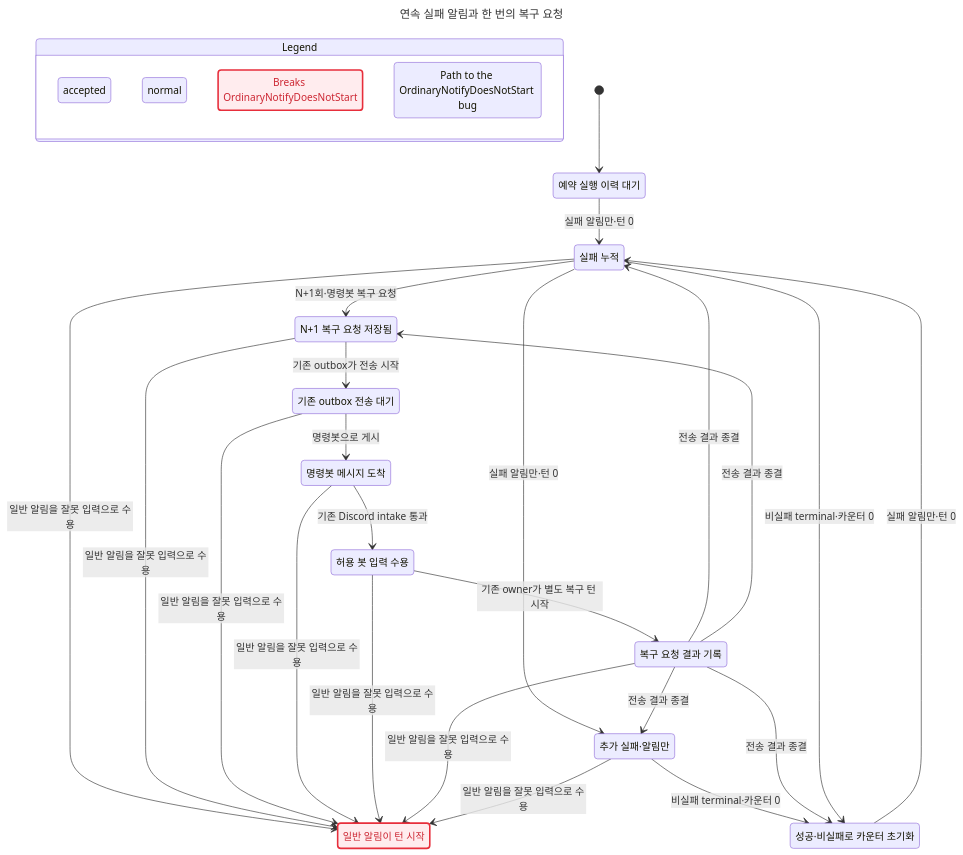
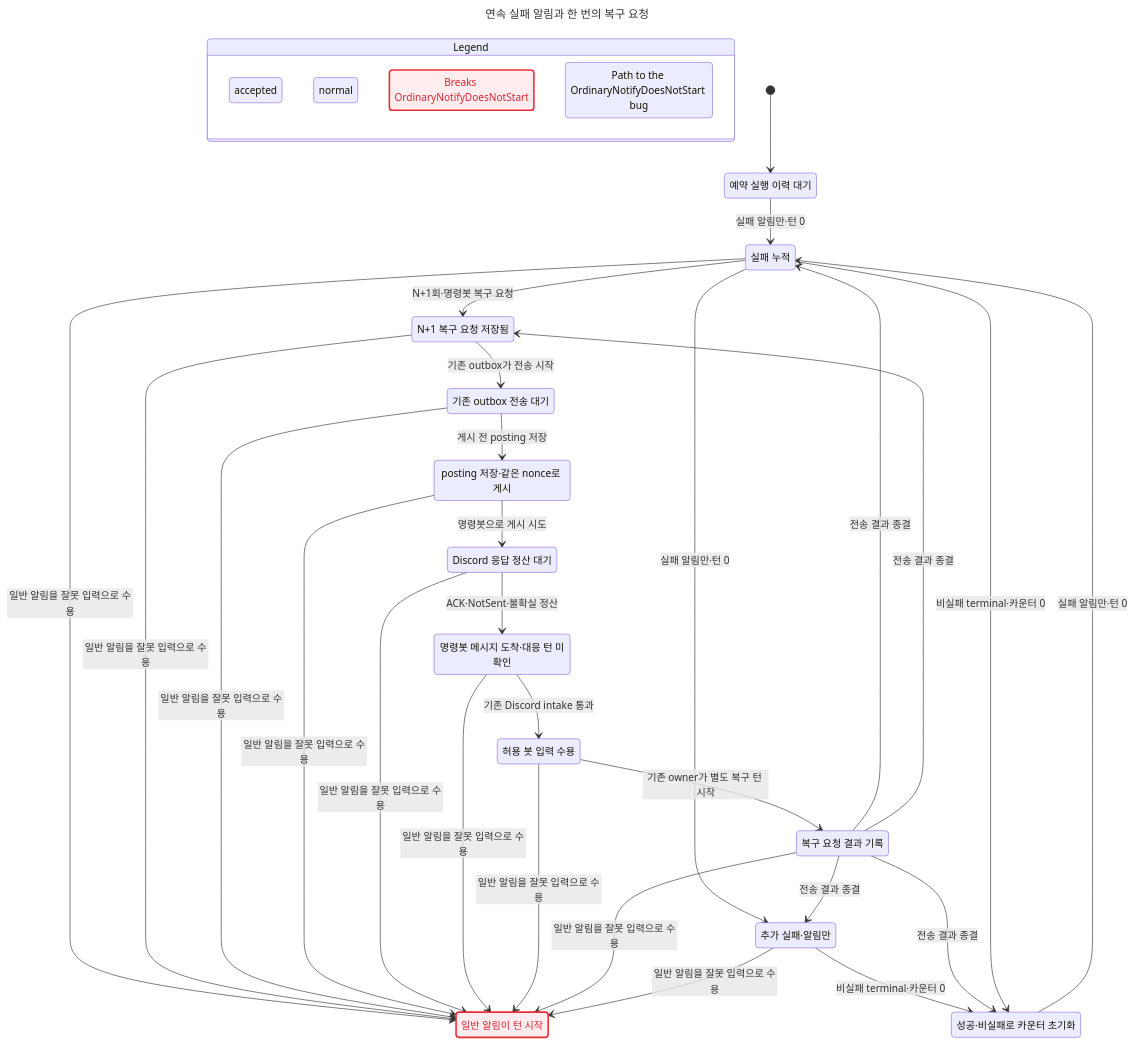
Before and after one commit to itismyfield/AgentDesk: the diagram in docs/statecharts/routine-run/routine-failure-escalation-notify.chart.mmd, drawn with Mermaid. The commit also changed 49 other files, not shown here.

First line of the commit message:
feat(routines): #8117 PR2b H2 — 실패 사건 행 전송 계층(posting·ACK·unknown 보존)

```diff
--- a/docs/statecharts/routine-run/routine-failure-escalation-notify.chart.mmd
+++ b/docs/statecharts/routine-run/routine-failure-escalation-notify.chart.mmd
@@ -1,60 +1,68 @@
 ---
 title: "연속 실패 알림과 한 번의 복구 요청"
 ---
 stateDiagram-v2
   state "Legend" as legend {
     lg0: accepted
     lg1: normal
     lg2: Breaks OrdinaryNotifyDoesNotStart
     lg3: Path to the OrdinaryNotifyDoesNotStart bug
   }
   class lg0 teal
   class lg1 blue
   class lg2 breaks
   class lg3 bugPath
   s0: 예약 실행 이력 대기
   s1: 실패 누적
   s2: 일반 알림이 턴 시작
   s3: N+1 복구 요청 저장됨
   s4: 기존 outbox 전송 대기
-  s5: 명령봇 메시지 도착
-  s6: 허용 봇 입력 수용
-  s7: 복구 요청 결과 기록
-  s8: 추가 실패#183;알림만
-  s9: 성공#183;비실패로 카운터 초기화
+  s5: posting 저장#183;같은 nonce로 게시
+  s6: Discord 응답 정산 대기
+  s7: 명령봇 메시지 도착#183;대응 턴 미확인
+  s8: 허용 봇 입력 수용
+  s9: 복구 요청 결과 기록
+  s10: 추가 실패#183;알림만
+  s11: 성공#183;비실패로 카운터 초기화
   [*] --> s0
   s0 --> s1: 실패 알림만#183;턴 0
   s1 --> s2: 일반 알림을 잘못 입력으로 수용
   s1 --> s3: N+1회#183;명령봇 복구 요청
   s3 --> s4: 기존 outbox가 전송 시작
-  s4 --> s5: 명령봇으로 게시
+  s4 --> s5: 게시 전 posting 저장
   s3 --> s2: 일반 알림을 잘못 입력으로 수용
-  s5 --> s6: 기존 Discord intake 통과
+  s5 --> s6: 명령봇으로 게시 시도
   s4 --> s2: 일반 알림을 잘못 입력으로 수용
-  s6 --> s7: 기존 owner가 별도 복구 턴 시작
+  s6 --> s7: ACK#183;NotSent#183;불확실 정산
   s5 --> s2: 일반 알림을 잘못 입력으로 수용
-  s7 --> s1: 전송 결과 종결
+  s7 --> s8: 기존 Discord intake 통과
   s6 --> s2: 일반 알림을 잘못 입력으로 수용
-  s1 --> s8: 실패 알림만#183;턴 0
-  s7 --> s8: 전송 결과 종결
+  s8 --> s9: 기존 owner가 별도 복구 턴 시작
   s7 --> s2: 일반 알림을 잘못 입력으로 수용
+  s9 --> s1: 전송 결과 종결
   s8 --> s2: 일반 알림을 잘못 입력으로 수용
-  s8 --> s9: 비실패 terminal#183;카운터 0
-  s7 --> s9: 전송 결과 종결
-  s9 --> s1: 실패 알림만#183;턴 0
-  s7 --> s3: 전송 결과 종결
-  s1 --> s9: 비실패 terminal#183;카운터 0
+  s1 --> s10: 실패 알림만#183;턴 0
+  s9 --> s10: 전송 결과 종결
+  s9 --> s2: 일반 알림을 잘못 입력으로 수용
+  s10 --> s2: 일반 알림을 잘못 입력으로 수용
+  s10 --> s11: 비실패 terminal#183;카운터 0
+  s9 --> s11: 전송 결과 종결
+  s11 --> s1: 실패 알림만#183;턴 0
+  s9 --> s3: 전송 결과 종결
+  s1 --> s11: 비실패 terminal#183;카운터 0
   classDef breaks fill:#ffecee,stroke:#e72e3b,stroke-width:2.5px,color:#cd2834
   class s0 blue
   class s0 bugPath
   class s1 blue
   class s1 bugPath
   class s2 breaks
   class s2 bugPath
   class s3 blue
   class s4 blue
   class s5 blue
-  class s6 teal
+  class s6 blue
   class s7 blue
-  class s8 blue
+  class s8 teal
   class s9 blue
+  class s10 blue
+  class s11 blue
```
